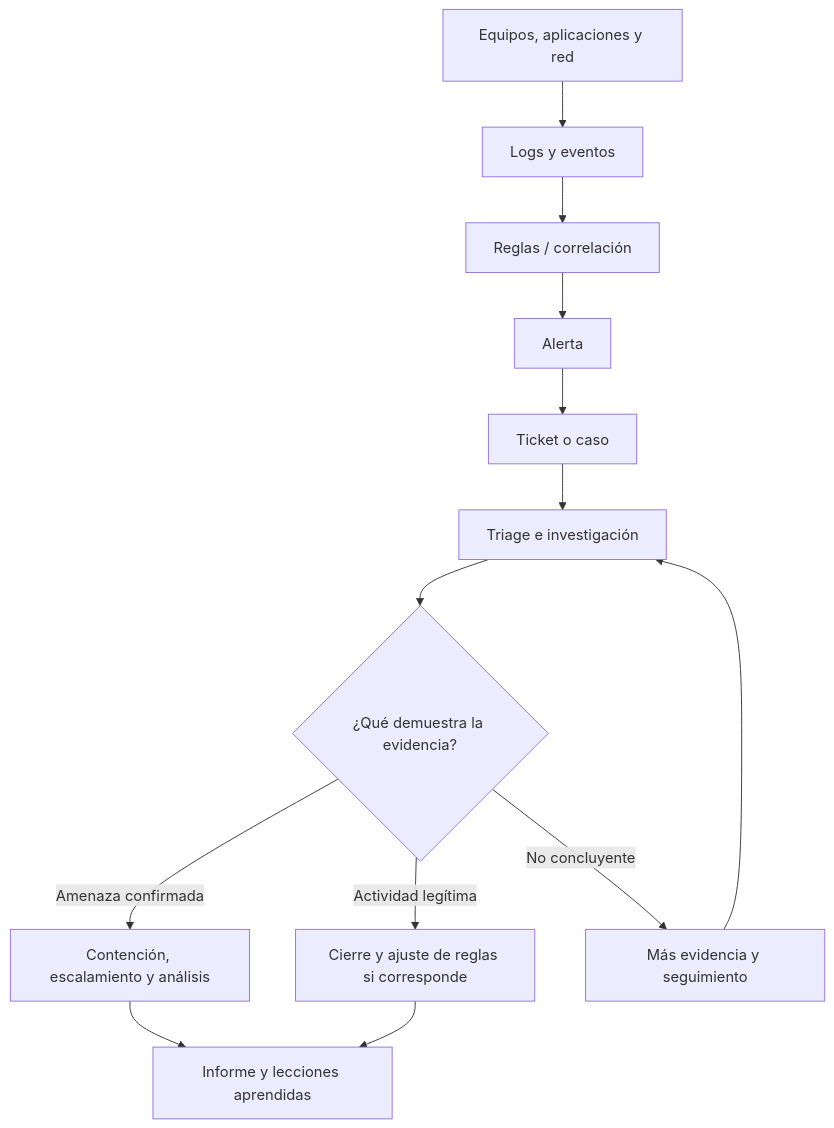
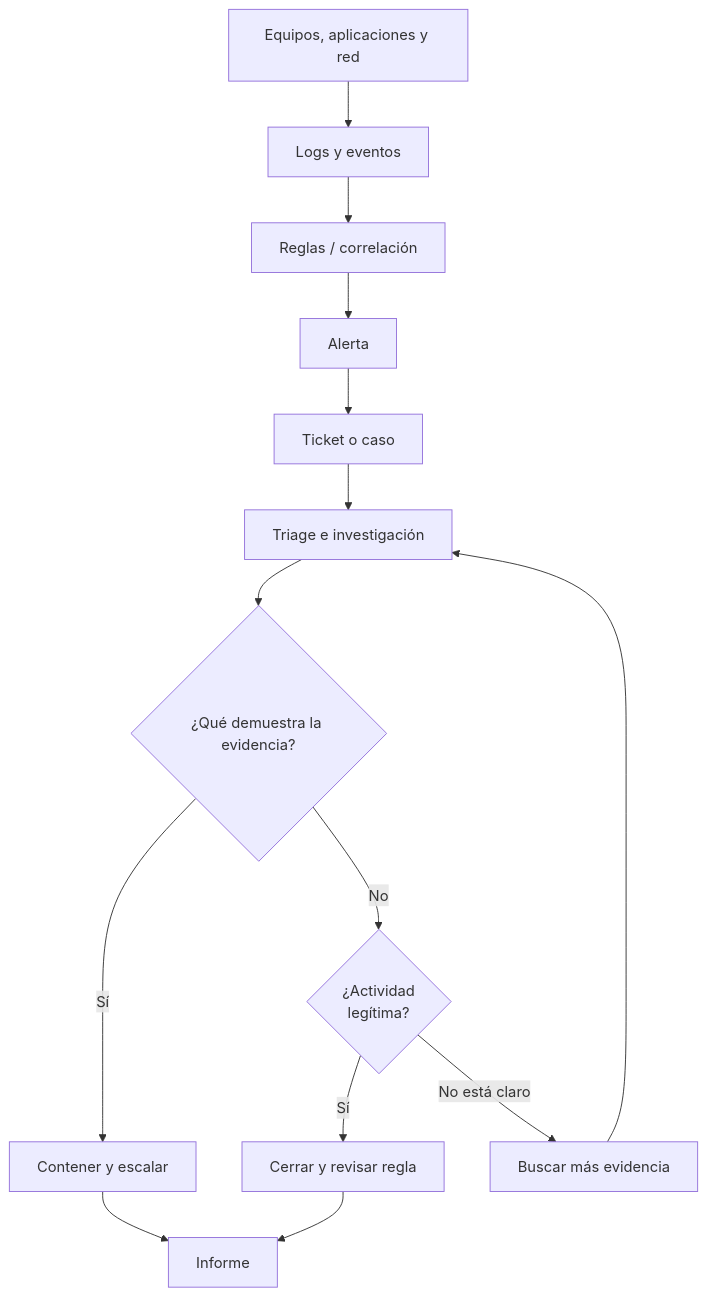
One commit to devfab17/blue-team-fundamentals-btf changed the diagram in 02-soc-operations/01-fundamentos-y-flujo-soc.md. Above: the diagram before and after it, drawn with Mermaid.

Commit message:
fix: shorten Mermaid labels to avoid clipped diagrams

````diff
--- a/02-soc-operations/01-fundamentos-y-flujo-soc.md
+++ b/02-soc-operations/01-fundamentos-y-flujo-soc.md
@@ -31,15 +31,16 @@
 ```mermaid
 flowchart TD
  A["Equipos, aplicaciones y red"] --> B["Logs y eventos"]
  B --> C["Reglas / correlación"]
  C --> D["Alerta"]
  D --> E["Ticket o caso"]
  E --> F["Triage e investigación"]
  F --> G{"¿Qué demuestra la evidencia?"}
- G -->|Amenaza confirmada| H["Contención, escalamiento y análisis"]
- G -->|Actividad legítima| I["Cierre y ajuste de reglas si corresponde"]
- G -->|No concluyente| J["Más evidencia y seguimiento"]
- H --> K["Informe y lecciones aprendidas"]
- I --> K
+ G -->|Sí| H["Contener y escalar"]
+ G -->|No| I{"¿Actividad<br/>legítima?"}
+ I -->|Sí| L["Cerrar y revisar regla"]
+ I -->|No está claro| J["Buscar más evidencia"]
+ H --> K["Informe"]
+ L --> K
  J --> F
 ```
````
